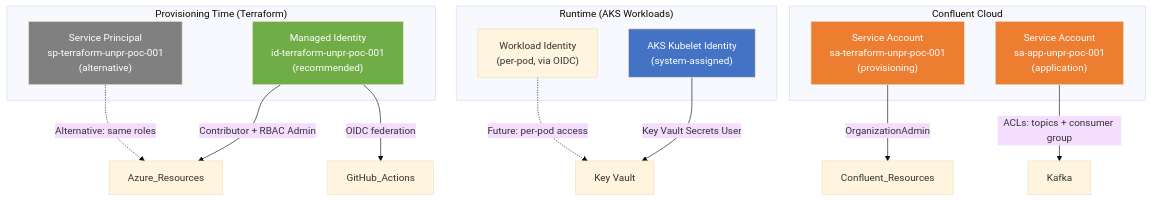
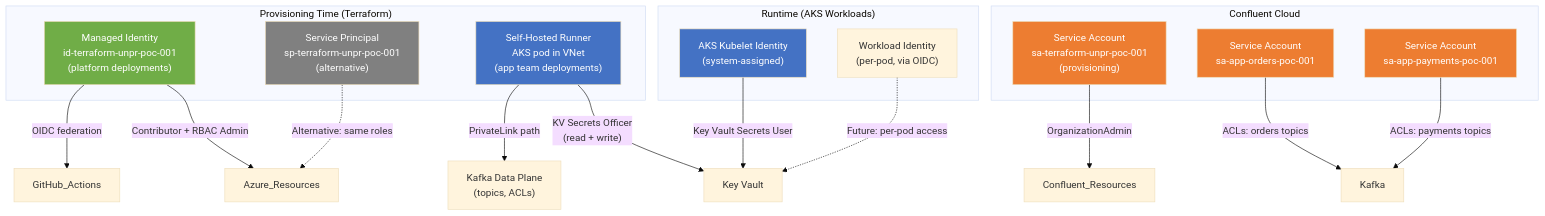
Before and after one commit to GouthamKumar4/terraform-confluent-cloud-aks-poc: the first of 3 diagrams in docs/02-design/security-and-permissions.md, drawn with Mermaid (base theme). The commit also changed other lines of this file and 62 other files, not shown here.

Commit message:
added new flow

````diff
--- a/docs/02-design/security-and-permissions.md
+++ b/docs/02-design/security-and-permissions.md
@@ -19,31 +19,38 @@
 ```mermaid
 graph TD
     subgraph Provisioning["Provisioning Time (Terraform)"]
-        MI["Managed Identity<br>id-terraform-unpr-poc-001<br>(recommended)"]
+        MI["Managed Identity<br>id-terraform-unpr-poc-001<br>(platform deployments)"]
         SP["Service Principal<br>sp-terraform-unpr-poc-001<br>(alternative)"]
+        SHR["Self-Hosted Runner<br>AKS pod in VNet<br>(app team deployments)"]
     end
     
     subgraph Runtime["Runtime (AKS Workloads)"]
         KI["AKS Kubelet Identity<br>(system-assigned)"]
         WI["Workload Identity<br>(per-pod, via OIDC)"]
     end
     
     subgraph Confluent_IDs["Confluent Cloud"]
         CSA["Service Account<br>sa-terraform-unpr-poc-001<br>(provisioning)"]
-        ASA["Service Account<br>sa-app-unpr-poc-001<br>(application)"]
+        OSA["Service Account<br>sa-app-orders-poc-001"]
+        PSA["Service Account<br>sa-app-payments-poc-001"]
     end
     
     MI -->|Contributor + RBAC Admin| Azure_Resources
     MI -->|OIDC federation| GitHub_Actions
     SP -.->|Alternative: same roles| Azure_Resources
+    SHR -->|"KV Secrets Officer<br>(read + write)"| KV[Key Vault]
+    SHR -->|"PrivateLink path"| Kafka_DataPlane["Kafka Data Plane<br>(topics, ACLs)"]
     CSA -->|OrganizationAdmin| Confluent_Resources
-    ASA -->|ACLs: topics + consumer group| Kafka
-    KI -->|Key Vault Secrets User| KV[Key Vault]
+    OSA -->|"ACLs: orders topics"| Kafka
+    PSA -->|"ACLs: payments topics"| Kafka
+    KI -->|Key Vault Secrets User| KV
     WI -.->|Future: per-pod access| KV
     
     style MI fill:#70AD47,color:#fff
     style SP fill:#808080,color:#fff
+    style SHR fill:#4472C4,color:#fff
     style KI fill:#4472C4,color:#fff
     style CSA fill:#ED7D31,color:#fff
-    style ASA fill:#ED7D31,color:#fff
+    style OSA fill:#ED7D31,color:#fff
+    style PSA fill:#ED7D31,color:#fff
 ```
````
